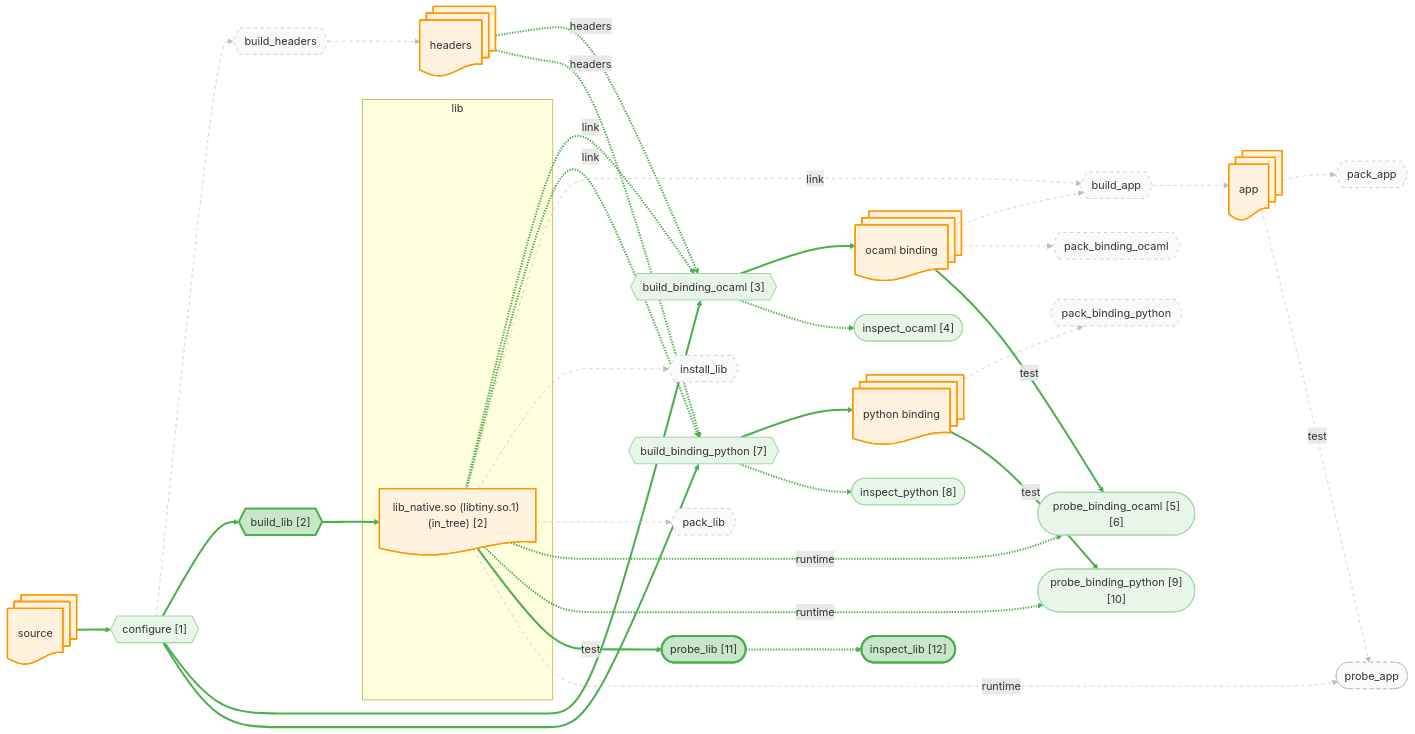
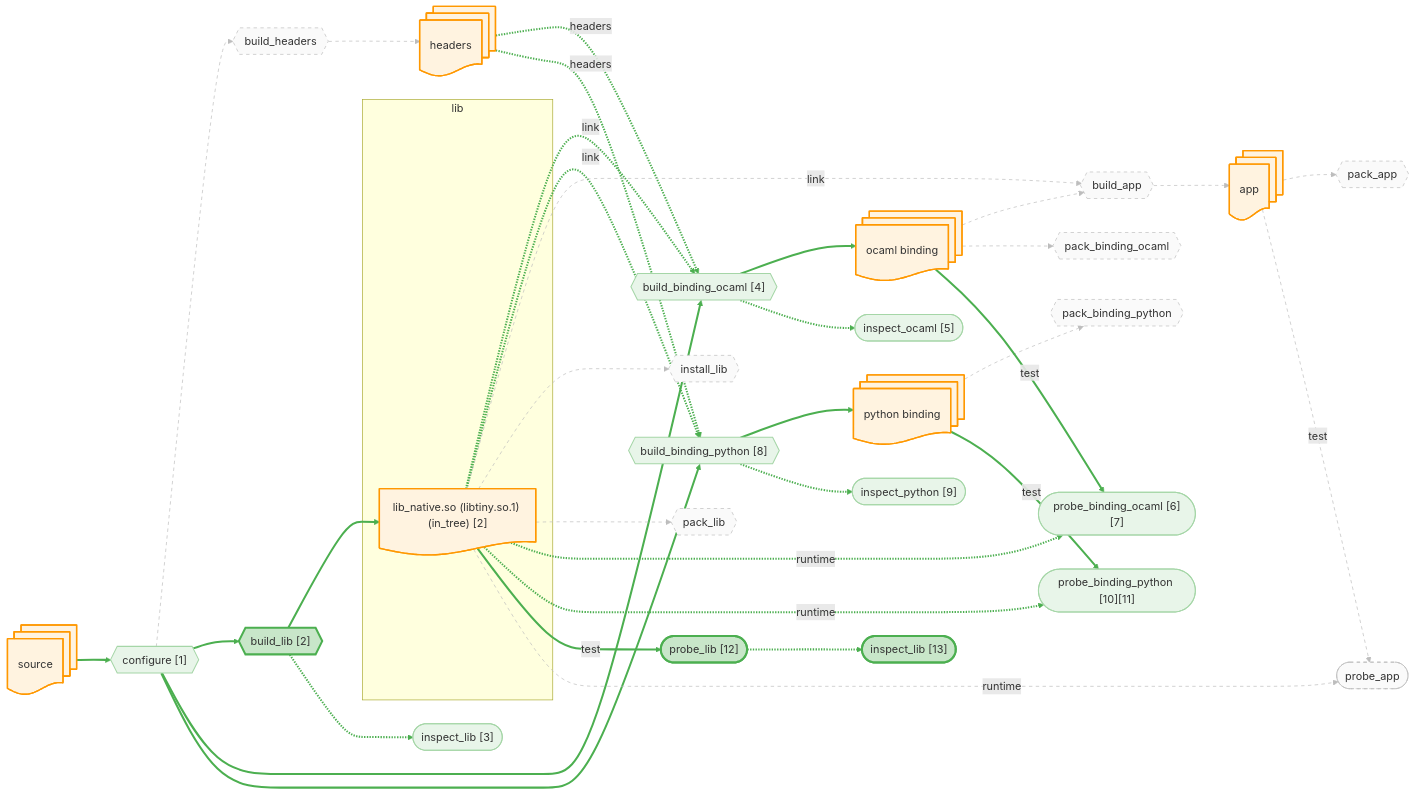
The diagram in docs/canary/projects/tiny/-run/diagrams/lib.mmd (JHU-PL-Lab/tola), drawn with Mermaid before and after one commit. The commit also changed 36 other files, not shown here.

```diff
--- a/docs/canary/projects/tiny/-run/diagrams/lib.mmd
+++ b/docs/canary/projects/tiny/-run/diagrams/lib.mmd
@@ -1,120 +1,124 @@
 %% view: lib
 graph LR
     source_node@{ shape: docs, label: "source" }
     headers_node@{ shape: docs, label: "headers" }
     subgraph lib_sg ["lib"]
       lib_build_tree_node@{ shape: doc, label: "lib_native.so (libtiny.so.1) (in_tree) [2]" }
     end
     app_node@{ shape: docs, label: "app" }
     ocaml_binding_node@{ shape: docs, label: "ocaml binding" }
     python_binding_node@{ shape: docs, label: "python binding" }
 
     A_configure{{"configure [1]"}}
     A_build_headers{{"build_headers"}}
     A_build_lib{{"build_lib [2]"}}
-    A_build_binding_ocaml{{"build_binding_ocaml [3]"}}
-    A_build_binding_python{{"build_binding_python [7]"}}
+    A_build_binding_ocaml{{"build_binding_ocaml [4]"}}
+    A_build_binding_python{{"build_binding_python [8]"}}
     A_build_app{{"build_app"}}
     A_install_lib{{"install_lib"}}
     A_pack_binding_ocaml{{"pack_binding_ocaml"}}
     A_pack_binding_python{{"pack_binding_python"}}
     A_pack_lib{{"pack_lib"}}
     A_pack_app{{"pack_app"}}
-    A_probe_binding_ocaml(["probe_binding_ocaml [5][6]"])
-    A_probe_binding_python(["probe_binding_python [9][10]"])
-    A_probe_lib(["probe_lib [11]"])
+    A_probe_binding_ocaml(["probe_binding_ocaml [6][7]"])
+    A_probe_binding_python(["probe_binding_python [10][11]"])
+    A_probe_lib(["probe_lib [12]"])
     A_probe_app(["probe_app"])
-    A_build_binding_ocaml_inspect(["inspect_ocaml [4]"])
-    A_build_binding_python_inspect(["inspect_python [8]"])
-    A_probe_lib_inspect(["inspect_lib [12]"])
+    A_build_lib_inspect(["inspect_lib [3]"])
+    A_build_binding_ocaml_inspect(["inspect_ocaml [5]"])
+    A_build_binding_python_inspect(["inspect_python [9]"])
+    A_probe_lib_inspect(["inspect_lib [13]"])
 
     source_node --> A_configure
     A_configure --> A_build_headers
     A_build_headers --> headers_node
     A_configure --> A_build_lib
     A_build_lib --> lib_build_tree_node
     A_configure --> A_build_binding_ocaml
     headers_node -.->|headers| A_build_binding_ocaml
     lib_build_tree_node -.->|link| A_build_binding_ocaml
     A_build_binding_ocaml --> ocaml_binding_node
     A_configure --> A_build_binding_python
     headers_node -.->|headers| A_build_binding_python
     lib_build_tree_node -.->|link| A_build_binding_python
     A_build_binding_python --> python_binding_node
     ocaml_binding_node --> A_build_app
     lib_build_tree_node -.->|link| A_build_app
     A_build_app --> app_node
     lib_build_tree_node --> A_install_lib
     ocaml_binding_node --> A_pack_binding_ocaml
     python_binding_node --> A_pack_binding_python
     lib_build_tree_node --> A_pack_lib
     app_node --> A_pack_app
     ocaml_binding_node -->|test| A_probe_binding_ocaml
     lib_build_tree_node -.->|runtime| A_probe_binding_ocaml
     python_binding_node -->|test| A_probe_binding_python
     lib_build_tree_node -.->|runtime| A_probe_binding_python
     lib_build_tree_node -->|test| A_probe_lib
     app_node -->|test| A_probe_app
     lib_build_tree_node -.->|runtime| A_probe_app
+    A_build_lib -.-> A_build_lib_inspect
     A_build_binding_ocaml -.-> A_build_binding_ocaml_inspect
     A_build_binding_python -.-> A_build_binding_python_inspect
     A_probe_lib -.-> A_probe_lib_inspect
 
     classDef artifact fill:#fff3e0,stroke:#ff9800,stroke-width:2px
     classDef action fill:#f3e5f5,stroke:#9c27b0,stroke-width:2px
     classDef st_done fill:#c8e6c9,stroke:#4caf50,stroke-width:3px
     classDef st_done_ctx fill:#e8f5e9,stroke:#a5d6a7,stroke-width:1.5px
     classDef st_expected_fail fill:#fff9c4,stroke:#f9a825,stroke-width:2px
     classDef st_failed fill:#ffcdd2,stroke:#c62828,stroke-width:2px
     classDef st_skipped fill:#f5f5f5,stroke:#9e9e9e,stroke-dasharray:5
     classDef st_nospec fill:#fafafa,stroke:#bdbdbd,stroke-dasharray:5
     class source_node,headers_node,lib_build_tree_node,app_node,ocaml_binding_node,python_binding_node artifact
     class A_configure st_done_ctx
     class A_build_headers st_nospec
     class A_build_lib st_done
     class A_build_binding_ocaml st_done_ctx
     class A_build_binding_python st_done_ctx
     class A_build_app st_nospec
     class A_install_lib st_nospec
     class A_pack_binding_ocaml st_nospec
     class A_pack_binding_python st_nospec
     class A_pack_lib st_nospec
     class A_pack_app st_nospec
     class A_probe_binding_ocaml st_done_ctx
     class A_probe_binding_python st_done_ctx
     class A_probe_lib st_done
     class A_probe_app st_nospec
+    class A_build_lib_inspect st_done_ctx
     class A_build_binding_ocaml_inspect st_done_ctx
     class A_build_binding_python_inspect st_done_ctx
     class A_probe_lib_inspect st_done
     linkStyle 0 stroke:#4caf50,stroke-width:3px
     linkStyle 1 stroke:#bdbdbd,stroke-width:1px,stroke-dasharray:5
     linkStyle 2 stroke:#bdbdbd,stroke-width:1px,stroke-dasharray:5
     linkStyle 3 stroke:#4caf50,stroke-width:3px
     linkStyle 4 stroke:#4caf50,stroke-width:3px
     linkStyle 5 stroke:#4caf50,stroke-width:3px
     linkStyle 6 stroke:#4caf50,stroke-width:3px
     linkStyle 7 stroke:#4caf50,stroke-width:3px
     linkStyle 8 stroke:#4caf50,stroke-width:3px
     linkStyle 9 stroke:#4caf50,stroke-width:3px
     linkStyle 10 stroke:#4caf50,stroke-width:3px
     linkStyle 11 stroke:#4caf50,stroke-width:3px
     linkStyle 12 stroke:#4caf50,stroke-width:3px
     linkStyle 13 stroke:#bdbdbd,stroke-width:1px,stroke-dasharray:5
     linkStyle 14 stroke:#bdbdbd,stroke-width:1px,stroke-dasharray:5
     linkStyle 15 stroke:#bdbdbd,stroke-width:1px,stroke-dasharray:5
     linkStyle 16 stroke:#bdbdbd,stroke-width:1px,stroke-dasharray:5
     linkStyle 17 stroke:#bdbdbd,stroke-width:1px,stroke-dasharray:5
     linkStyle 18 stroke:#bdbdbd,stroke-width:1px,stroke-dasharray:5
     linkStyle 19 stroke:#bdbdbd,stroke-width:1px,stroke-dasharray:5
     linkStyle 20 stroke:#bdbdbd,stroke-width:1px,stroke-dasharray:5
     linkStyle 21 stroke:#4caf50,stroke-width:3px
     linkStyle 22 stroke:#4caf50,stroke-width:3px
     linkStyle 23 stroke:#4caf50,stroke-width:3px
     linkStyle 24 stroke:#4caf50,stroke-width:3px
     linkStyle 25 stroke:#4caf50,stroke-width:3px
     linkStyle 26 stroke:#bdbdbd,stroke-width:1px,stroke-dasharray:5
     linkStyle 27 stroke:#bdbdbd,stroke-width:1px,stroke-dasharray:5
     linkStyle 28 stroke:#4caf50,stroke-width:3px
     linkStyle 29 stroke:#4caf50,stroke-width:3px
     linkStyle 30 stroke:#4caf50,stroke-width:3px
+    linkStyle 31 stroke:#4caf50,stroke-width:3px
```
